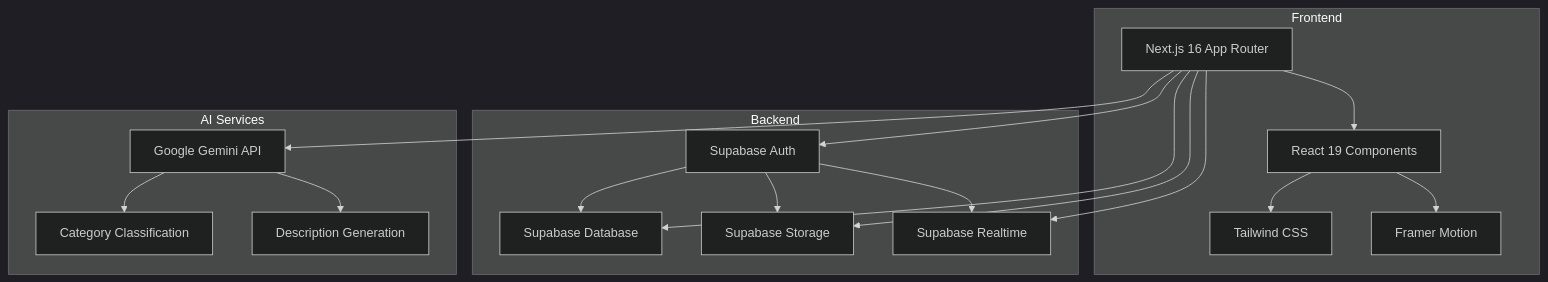
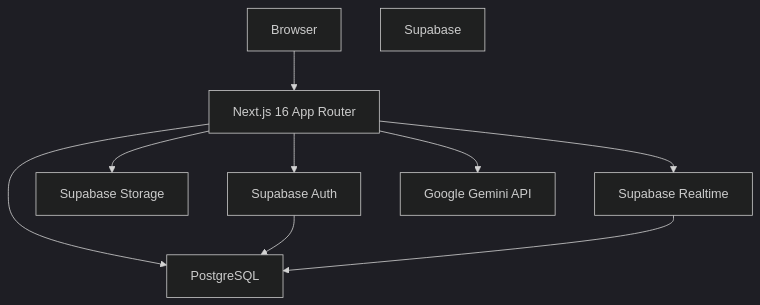
One commit to roonakyadav/xchange-it changed the diagram in README.md. Above: the diagram before and after it, drawn with Mermaid (dark theme). The commit also changed other lines of this file, not shown here.

````diff
--- a/README.md
+++ b/README.md
@@ -22,25 +84,21 @@
 ```mermaid
 graph TB
-    subgraph "Frontend"
-        A[Next.js 16 App Router] --> B[React 19 Components]
-        B --> C[Tailwind CSS]
-        B --> D[Framer Motion]
-    end
-    
-    subgraph "Backend"
-        E[Supabase Auth] --> F[Supabase Database]
-        E --> G[Supabase Storage]
-        E --> H[Supabase Realtime]
-    end
-    
-    subgraph "AI Services"
-        I[Google Gemini API] --> J[Category Classification]
-        I --> K[Description Generation]
-    end
-    
-    A --> E
-    A --> F
-    A --> G
-    A --> H
-    A --> I
+    Browser[Browser]
+    NextJS[Next.js 16 App Router]
+    Supabase[Supabase]
+    Auth[Supabase Auth]
+    PostgreSQL[PostgreSQL]
+    Storage[Supabase Storage]
+    Realtime[Supabase Realtime]
+    Gemini[Google Gemini API]
+
+    Browser --> NextJS
+    NextJS --> Auth
+    NextJS --> PostgreSQL
+    NextJS --> Storage
+    NextJS --> Realtime
+    NextJS --> Gemini
+
+    Auth --> PostgreSQL
+    Realtime --> PostgreSQL
 ```
````
